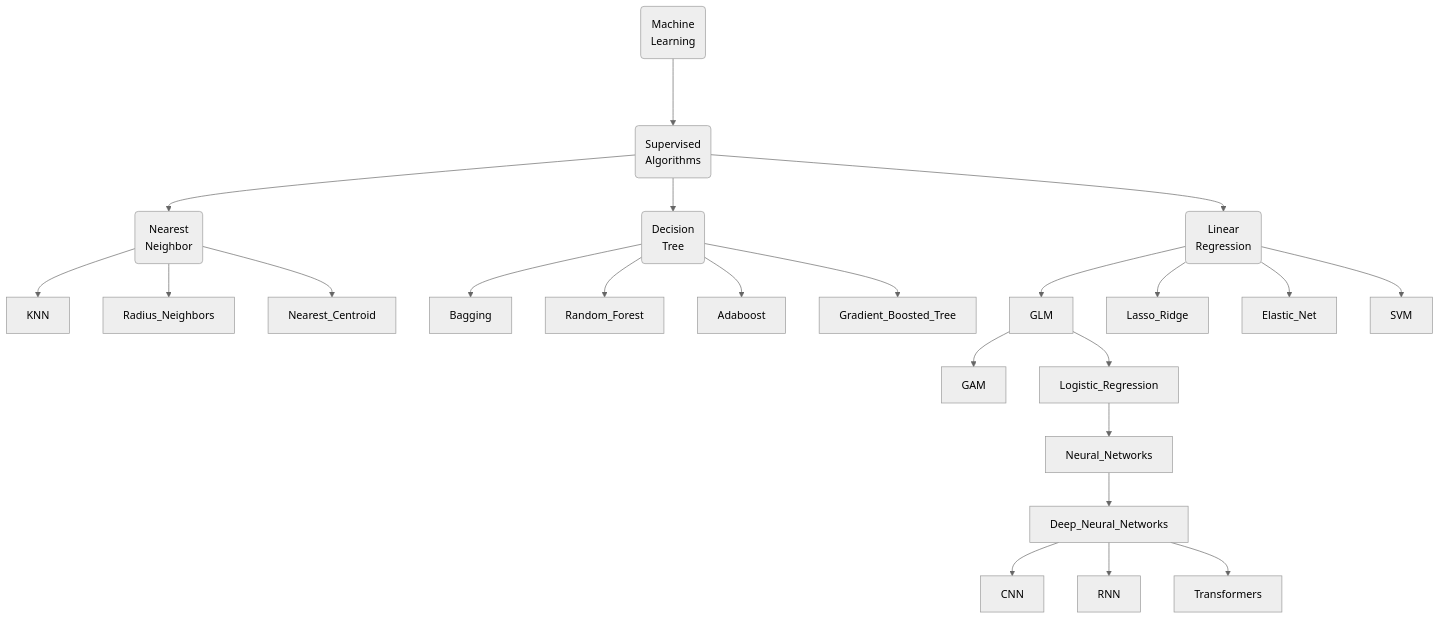
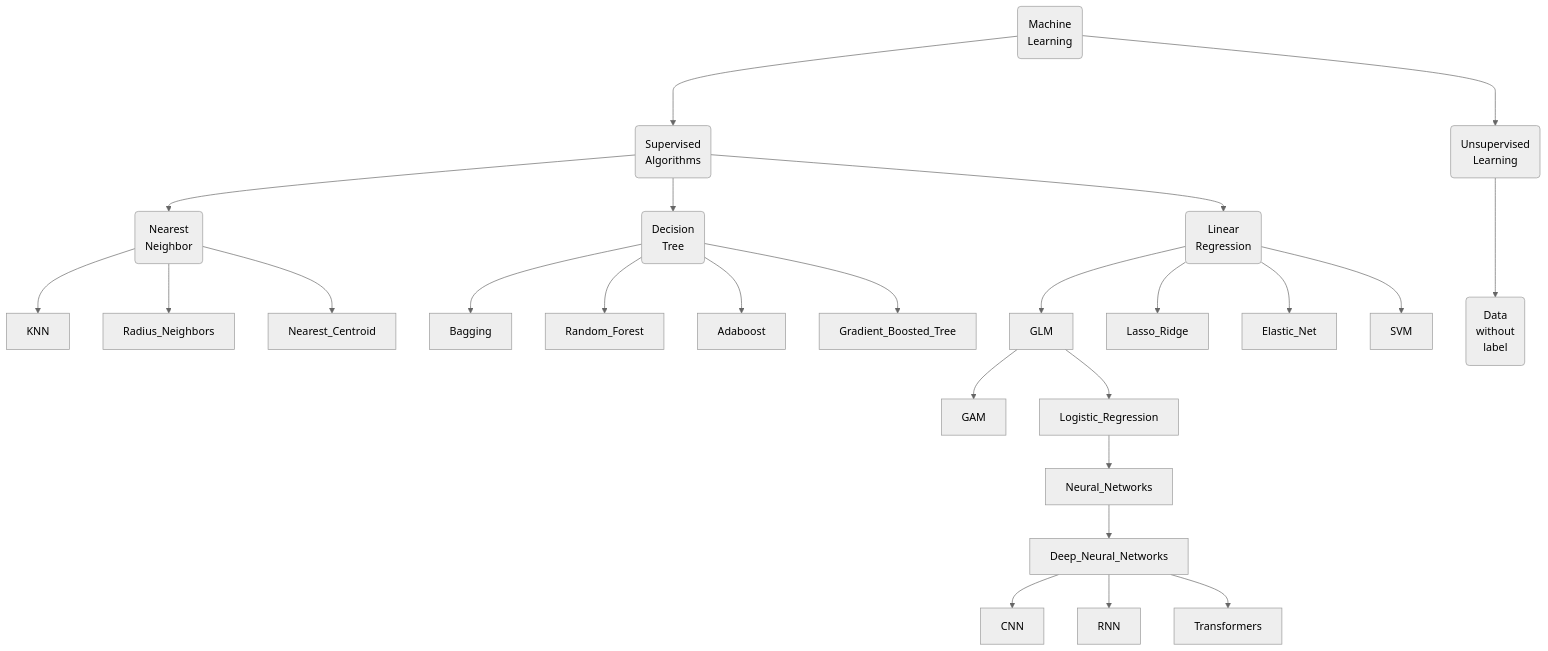
The diagram in ML_Tree.md (hwetsman/Public_Notes), drawn with Mermaid (neutral theme) before and after one commit.

Commit message:
Refactor: readd supervised

`````diff
--- a/ML_Tree.md
+++ b/ML_Tree.md
@@ -1,27 +1,36 @@
 ````mermaid
 flowchart TB
   Machine_Learning(Machine<br>Learning)
   Supervised(Supervised<br>Algorithms)
     Supervised-->Nearest(Nearest<br>Neighbor)
       Machine_Learning--->Supervised
     Nearest --> KNN
     Nearest --> Radius_Neighbors
     Nearest --> Nearest_Centroid
     Supervised --> Decision(Decision<br>Tree)
     Decision --> Bagging
     Decision --> Random_Forest
     Decision --> Adaboost
     Decision --> Gradient_Boosted_Tree
     Supervised --> Linear(Linear<br>Regression)
     Linear --> GLM
     GLM --> GAM
     GLM --> Logistic_Regression
     Logistic_Regression --> Neural_Networks
     Neural_Networks --> Deep_Neural_Networks
     Deep_Neural_Networks --> CNN
     Deep_Neural_Networks --> RNN
     Deep_Neural_Networks --> Transformers
     Linear --> Lasso_Ridge
     Linear --> Elastic_Net
     Linear --> SVM
+
+    Unsupervised(Unsupervised<br>Learning)
+      Machine_Learning--->Unsupervised
+        Data(Data<br>without<br>label)
+        Unsupervised--->Data
+      
+
+
+
 ````
`````
